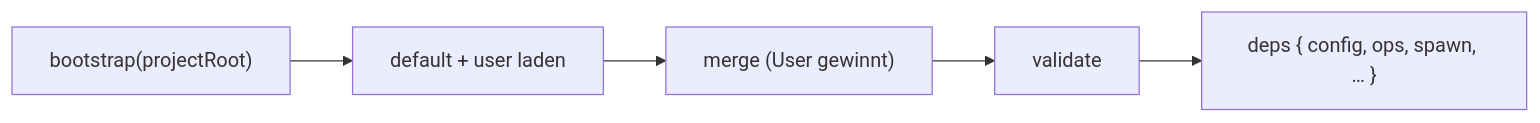
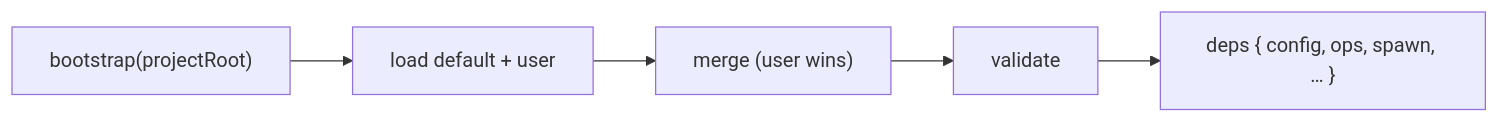
Before and after one commit to chafoo/anchored: the diagram in docs/core/config/bootstrap.md, drawn with Mermaid. The commit also changed other lines of this file and 131 other files, not shown here.

````diff
--- a/docs/core/config/bootstrap.md
+++ b/docs/core/config/bootstrap.md
@@ -19,7 +19,7 @@
 ```mermaid
 flowchart LR
-    boot["bootstrap(projectRoot)"] --> load["default + user laden"]
-    load --> mg["merge (User gewinnt)"]
+    boot["bootstrap(projectRoot)"] --> load["load default + user"]
+    load --> mg["merge (user wins)"]
     mg --> val["validate"]
     val --> deps["deps { config, ops, spawn, … }"]
 ```
````
